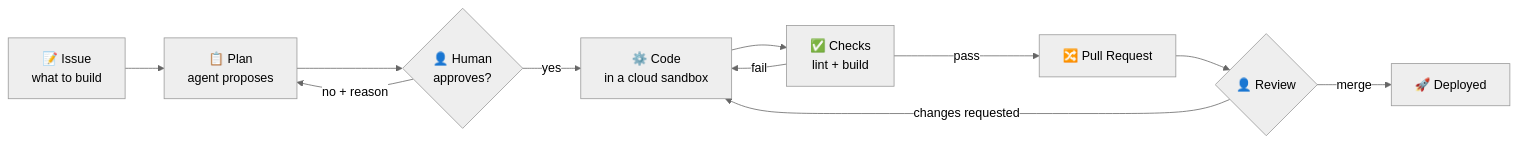
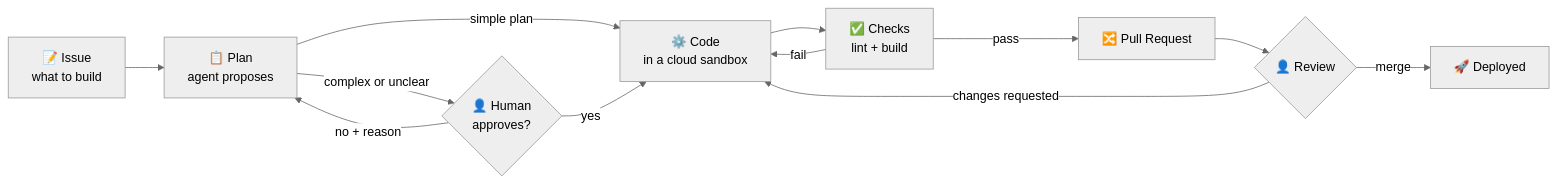
Before and after one commit to NetanelRotem/agent-demo-taskboard: the diagram in docs/01-overview.md, drawn with Mermaid (neutral theme). The commit also changed other lines of this file and 28 other files, not shown here.

````diff
--- a/docs/01-overview.md
+++ b/docs/01-overview.md
@@ -13,13 +13,14 @@
 ```mermaid
 flowchart LR
     I["📝 Issue<br/>what to build"] --> P["📋 Plan<br/>agent proposes"]
-    P --> A{"👤 Human<br/>approves?"}
-    A -->|yes| C["⚙️ Code<br/>in a cloud sandbox"]
+    P -->|"simple plan"| C["⚙️ Code<br/>in a cloud sandbox"]
+    P -->|"complex or unclear"| A{"👤 Human<br/>approves?"}
+    A -->|yes| C
     A -->|"no + reason"| P
     C --> V["✅ Checks<br/>lint + build"]
     V -->|fail| C
     V -->|pass| PR["🔀 Pull Request"]
     PR --> R{"👤 Review"}
     R -->|"changes requested"| C
     R -->|merge| D["🚀 Deployed"]
 ```
````
